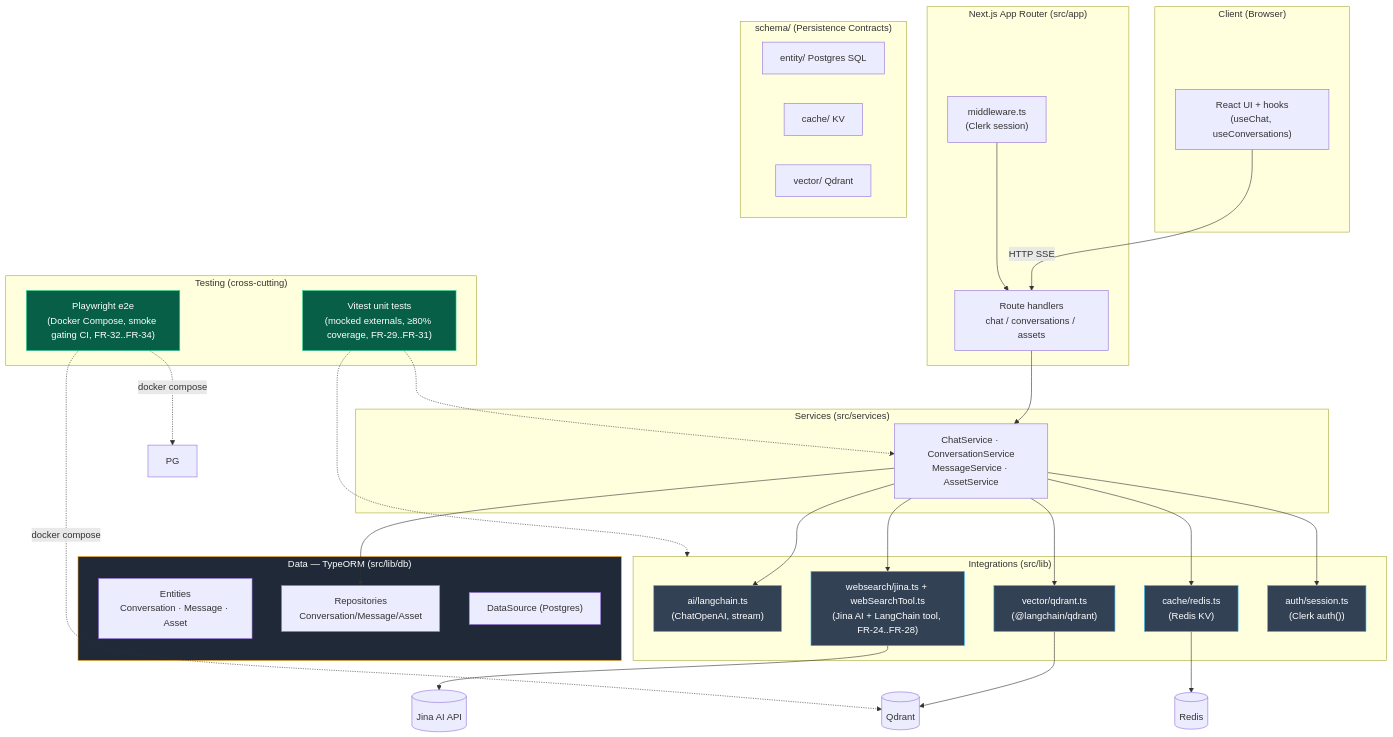
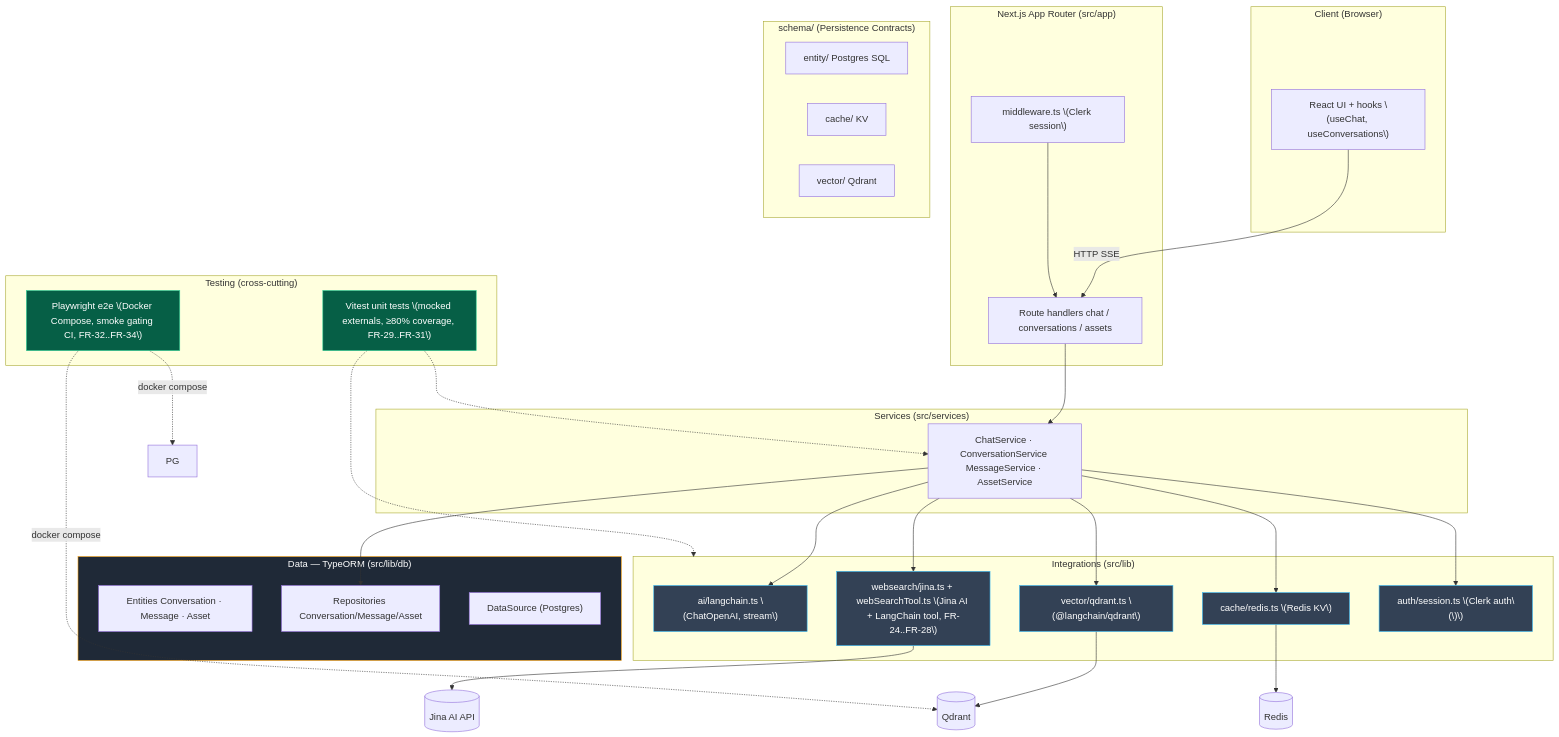
One commit to Glitch-guy0/chaiGPT changed the diagram in _bmad-output/planning-artifacts/05-architecture.md. Above: the diagram before and after it, drawn with Mermaid. The commit also changed 7 other files, not shown here.

````diff
--- a/_bmad-output/planning-artifacts/05-architecture.md
+++ b/_bmad-output/planning-artifacts/05-architecture.md
@@ -5,64 +5,64 @@
 ```mermaid
 flowchart TB
     subgraph client["Client (Browser)"]
-        ui["React UI + hooks<br/>(useChat, useConversations)"]
+        ui["React UI + hooks \(useChat, useConversations\)"]
     end
 
     subgraph routes["Next.js App Router (src/app)"]
-        ctrl["Route handlers<br/>chat / conversations / assets"]
-        mw["middleware.ts<br/>(Clerk session)"]
+        ctrl["Route handlers chat / conversations / assets"]
+        mw["middleware.ts \(Clerk session\)"]
     end
 
     subgraph services["Services (src/services)"]
-        svc["ChatService · ConversationService<br/>MessageService · AssetService"]
+        svc["ChatService · ConversationService MessageService · AssetService"]
     end
 
     subgraph data["Data — TypeORM (src/lib/db)"]
-        ent["Entities<br/>Conversation · Message · Asset"]
-        repo["Repositories<br/>Conversation/Message/Asset"]
+        ent["Entities Conversation · Message · Asset"]
+        repo["Repositories Conversation/Message/Asset"]
         ds["DataSource (Postgres)"]
     end
 
     subgraph integ["Integrations (src/lib)"]
-        ai["ai/langchain.ts<br/>(ChatOpenAI, stream)"]
-        vec["vector/qdrant.ts<br/>(@langchain/qdrant)"]
-        ws["websearch/jina.ts + webSearchTool.ts<br/>(Jina AI + LangChain tool, FR-24..FR-28)"]
-        cache["cache/redis.ts<br/>(Redis KV)"]
-        auth["auth/session.ts<br/>(Clerk auth())"]
+        ai["ai/langchain.ts \(ChatOpenAI, stream\)"]
+        vec["vector/qdrant.ts \(@langchain/qdrant\)"]
+        ws["websearch/jina.ts + webSearchTool.ts \(Jina AI + LangChain tool, FR-24..FR-28\)"]
+        cache["cache/redis.ts \(Redis KV\)"]
+        auth["auth/session.ts \(Clerk auth\(\)\)"]
     end
 
     subgraph test["Testing (cross-cutting)"]
-        vitest["Vitest unit tests<br/>(mocked externals, ≥80% coverage, FR-29..FR-31)"]
-        playwright["Playwright e2e<br/>(Docker Compose, smoke gating CI, FR-32..FR-34)"]
+        vitest["Vitest unit tests \(mocked externals, ≥80% coverage, FR-29..FR-31\)"]
+        playwright["Playwright e2e \(Docker Compose, smoke gating CI, FR-32..FR-34\)"]
     end
 
     subgraph persist["schema/ (Persistence Contracts)"]
         se["entity/ Postgres SQL"]
         sc["cache/ KV"]
         sv["vector/ Qdrant"]
     end
 
     ui -->|HTTP SSE| ctrl
     mw --> ctrl
     ctrl --> svc
     svc --> repo
     svc --> ai
     svc --> vec
     svc --> ws
     svc --> cache
     svc --> auth
     vec --> Q[("Qdrant")]
     ws --> JINA[("Jina AI API")]
     cache --> RED[("Redis")]
     vitest -.-> svc
     vitest -.-> integ
     playwright -.->|"docker compose"| PG
     playwright -.->|"docker compose"| Q
 
     classDef core fill:#1f2937,stroke:#f59e0b,color:#fff
     classDef integ fill:#334155,stroke:#38bdf8,color:#fff
     classDef test fill:#065f46,stroke:#34d399,color:#fff
     class data core
     class ai,vec,ws,cache,auth integ
     class vitest,playwright test
 ```
````
